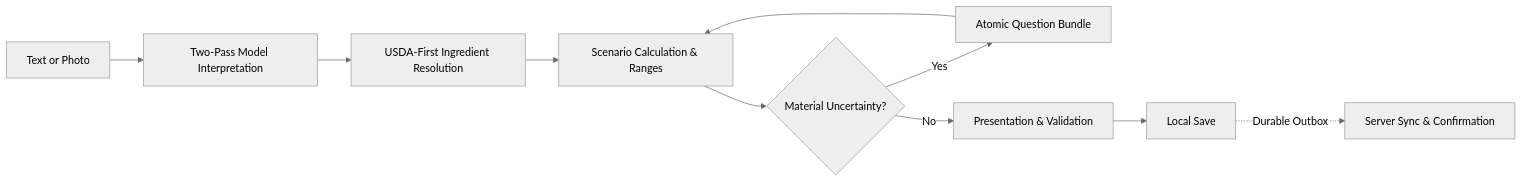
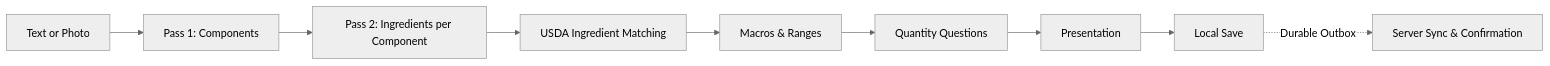
The diagram in README.md (thecodepapaya/calorify), drawn with Mermaid (neutral theme) before and after one commit. The commit also changed other lines of this file and 16 other files, not shown here.

````diff
--- a/README.md
+++ b/README.md
@@ -17,12 +17,11 @@
 ```mermaid
 flowchart LR
-  A[Text or Photo] --> B[Two-Pass Model Interpretation]
-  B --> C[USDA-First Ingredient Resolution]
-  C --> D[Scenario Calculation & Ranges]
-  D --> E{Material Uncertainty?}
-  E -->|Yes| F[Atomic Question Bundle]
-  F --> D
-  E -->|No| G[Presentation & Validation]
+  A[Text or Photo] --> B[Pass 1: Components]
+  B --> C[Pass 2: Ingredients per Component]
+  C --> D[USDA Ingredient Matching]
+  D --> E[Macros & Ranges]
+  E --> F[Quantity Questions]
+  F --> G[Presentation]
   G --> H[Local Save]
   H -. Durable Outbox .-> I[Server Sync & Confirmation]
 ```
````
